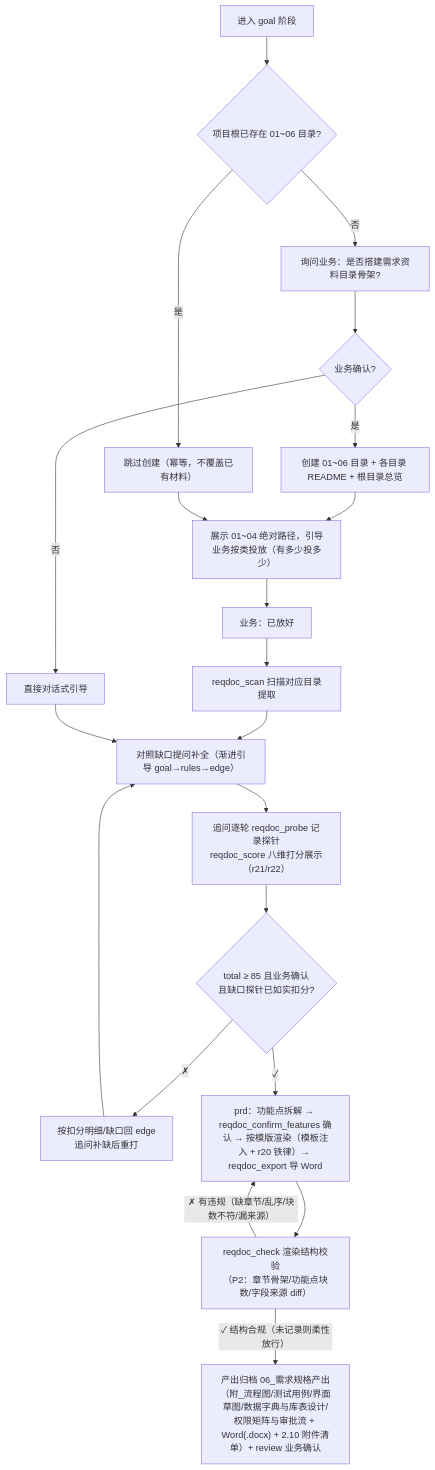
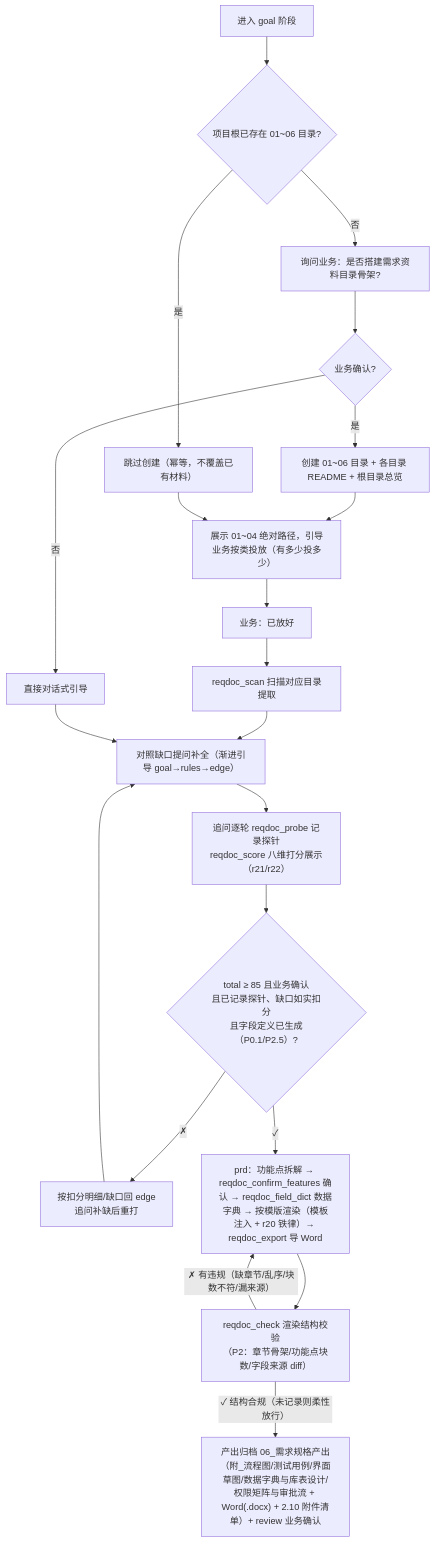
One commit to wonglaitung/opencode changed the third of 4 diagrams in opencode-session-mgmt/docs/workflow-reqdoc.md. Above: the diagram before and after it, drawn with Mermaid. The commit also changed other lines of this file and 19 other files, not shown here.

````diff
--- a/opencode-session-mgmt/docs/workflow-reqdoc.md
+++ b/opencode-session-mgmt/docs/workflow-reqdoc.md
@@ -122,23 +122,23 @@
 ```mermaid
 flowchart TD
     A["进入 goal 阶段"] --> B{"项目根已存在 01~06 目录?"}
     B -- "否" --> C["询问业务：是否搭建需求资料目录骨架?"]
     C --> D{"业务确认?"}
     D -- "是" --> E["创建 01~06 目录 + 各目录 README + 根目录总览"]
     D -- "否" --> F["直接对话式引导"]
     B -- "是" --> G["跳过创建（幂等，不覆盖已有材料）"]
     E --> H["展示 01~04 绝对路径，引导业务按类投放（有多少投多少）"]
     G --> H
     H --> I["业务：已放好"]
     I --> J["reqdoc_scan 扫描对应目录提取"]
     J --> K["对照缺口提问补全（渐进引导 goal→rules→edge）"]
     F --> K
     K --> S["追问逐轮 reqdoc_probe 记录探针<br/>reqdoc_score 八维打分展示（r21/r22）"]
-    S --> SG{"total ≥ 85 且业务确认<br/>且缺口探针已如实扣分?"}
+    S --> SG{"total ≥ 85 且业务确认<br/>且已记录探针、缺口如实扣分<br/>且字段定义已生成（P0.1/P2.5）?"}
     SG -->|"✗"| K2["按扣分明细/缺口回 edge<br/>追问补缺后重打"]
     K2 --> K
-    SG -->|"✓"| L["prd：功能点拆解 → reqdoc_confirm_features 确认 → 按模版渲染（模板注入 + r20 铁律）→ reqdoc_export 导 Word"]
+    SG -->|"✓"| L["prd：功能点拆解 → reqdoc_confirm_features 确认 → reqdoc_field_dict 数据字典 → 按模版渲染（模板注入 + r20 铁律）→ reqdoc_export 导 Word"]
     L --> L2["reqdoc_check 渲染结构校验<br/>（P2：章节骨架/功能点块数/字段来源 diff）"]
     L2 -->|"✗ 有违规（缺章节/乱序/块数不符/漏来源）"| L
     L2 -->|"✓ 结构合规（未记录则柔性放行）"| M["产出归档 06_需求规格产出（附_流程图/测试用例/界面草图/数据字典与库表设计/权限矩阵与审批流 + Word(.docx) + 2.10 附件清单）+ review 业务确认"]
 ```
````
